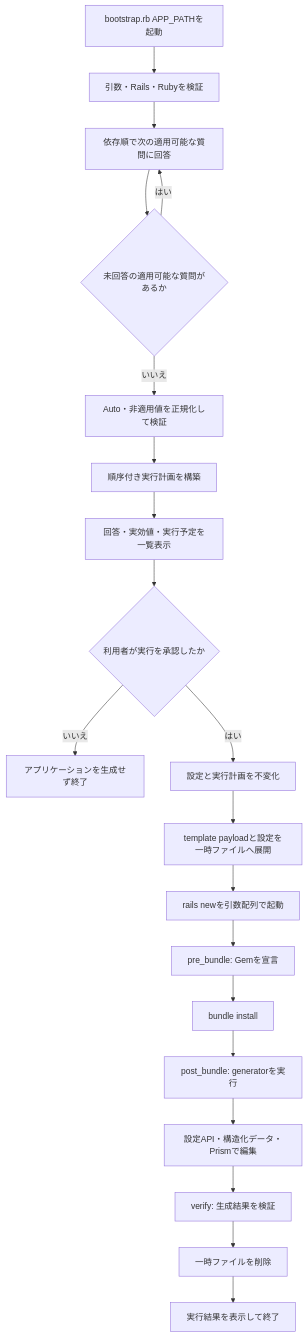
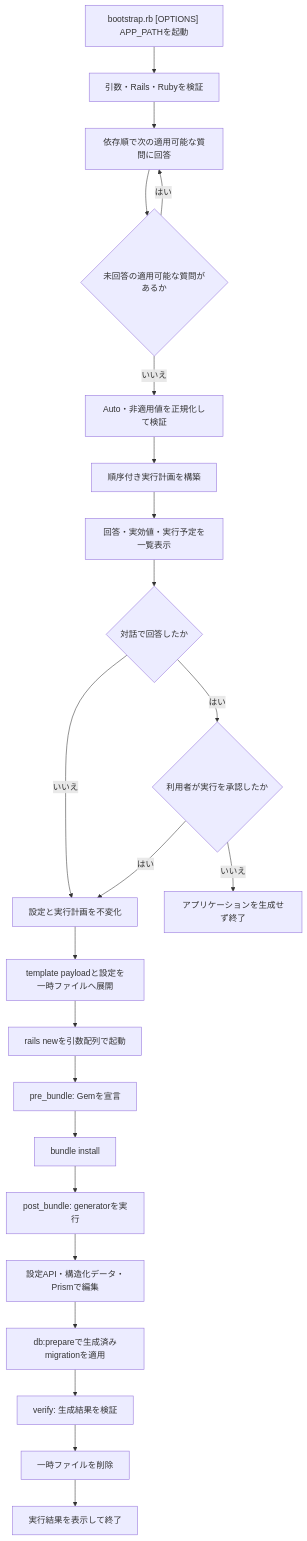
Before and after one commit to supermomonga/rapid-rails-template: the diagram in docs/template-flow.md, drawn with Mermaid. The commit also changed other lines of this file and 14 other files, not shown here.

````diff
--- a/docs/template-flow.md
+++ b/docs/template-flow.md
@@ -5,22 +5,25 @@
 ```mermaid
 flowchart TD
-    A["bootstrap.rb APP_PATHを起動"] --> B["引数・Rails・Rubyを検証"]
+    A["bootstrap.rb [OPTIONS] APP_PATHを起動"] --> B["引数・Rails・Rubyを検証"]
     B --> C["依存順で次の適用可能な質問に回答"]
     C --> D{"未回答の適用可能な質問があるか"}
     D -->|はい| C
     D -->|いいえ| E["Auto・非適用値を正規化して検証"]
     E --> F["順序付き実行計画を構築"]
     F --> G["回答・実効値・実行予定を一覧表示"]
-    G --> H{"利用者が実行を承認したか"}
-    H -->|いいえ| I["アプリケーションを生成せず終了"]
-    H -->|はい| J["設定と実行計画を不変化"]
+    G --> H{"対話で回答したか"}
+    H -->|いいえ| J["設定と実行計画を不変化"]
+    H -->|はい| I{"利用者が実行を承認したか"}
+    I -->|いいえ| T["アプリケーションを生成せず終了"]
+    I -->|はい| J
     J --> K["template payloadと設定を一時ファイルへ展開"]
     K --> L["rails newを引数配列で起動"]
     L --> M["pre_bundle: Gemを宣言"]
     M --> N["bundle install"]
     N --> O["post_bundle: generatorを実行"]
     O --> P["設定API・構造化データ・Prismで編集"]
-    P --> Q["verify: 生成結果を検証"]
-    Q --> R["一時ファイルを削除"]
+    P --> Q["db:prepareで生成済みmigrationを適用"]
+    Q --> U["verify: 生成結果を検証"]
+    U --> R["一時ファイルを削除"]
     R --> S["実行結果を表示して終了"]
 ```
````
